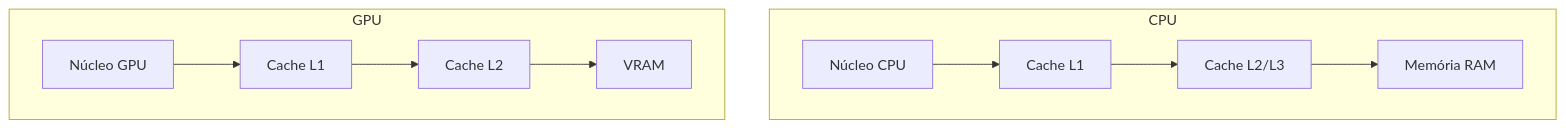
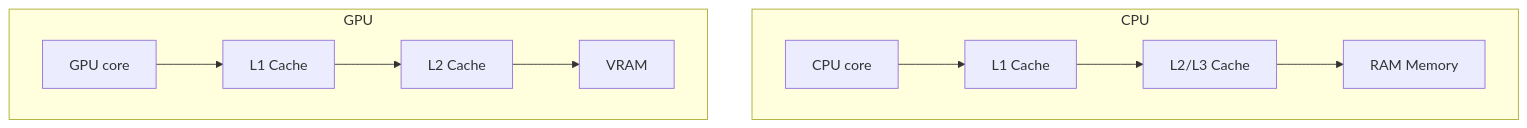
One commit to jhonatanTeixeira/mimas-saturn-emulator changed the fifth of 16 diagrams in docs/first_architectural_draft.md. Above: the diagram before and after it, drawn with Mermaid. The commit also changed other lines of this file and 2 other files, not shown here.

First line of the commit message:
Translate architecture planning docs to English

````diff
--- a/docs/first_architectural_draft.md
+++ b/docs/first_architectural_draft.md
@@ -65,9 +65,9 @@
 ```mermaid
 graph TD
     subgraph CPU_caches["CPU"]
-    NC["Núcleo CPU"] --> L1c["Cache L1"] --> L23["Cache L2/L3"] --> RAMc["Memória RAM"]
+    NC["CPU core"] --> L1c["L1 Cache"] --> L23["L2/L3 Cache"] --> RAMc["RAM Memory"]
     end
     subgraph GPU_caches["GPU"]
-    NG["Núcleo GPU"] --> L1g["Cache L1"] --> L2g["Cache L2"] --> VRAM["VRAM"]
+    NG["GPU core"] --> L1g["L1 Cache"] --> L2g["L2 Cache"] --> VRAM["VRAM"]
     end
 ```
````
